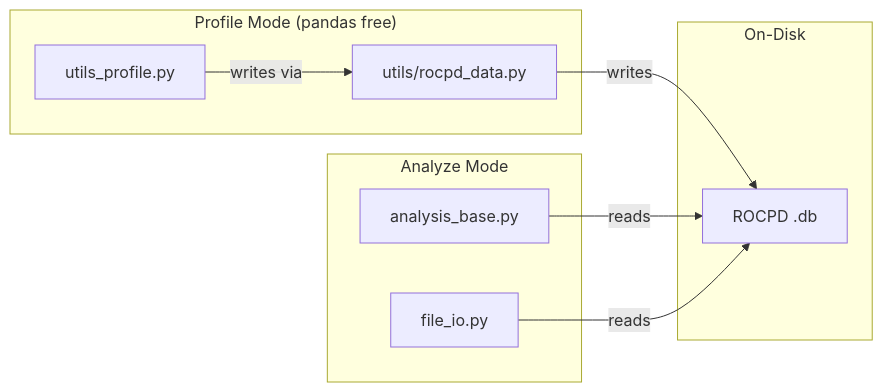
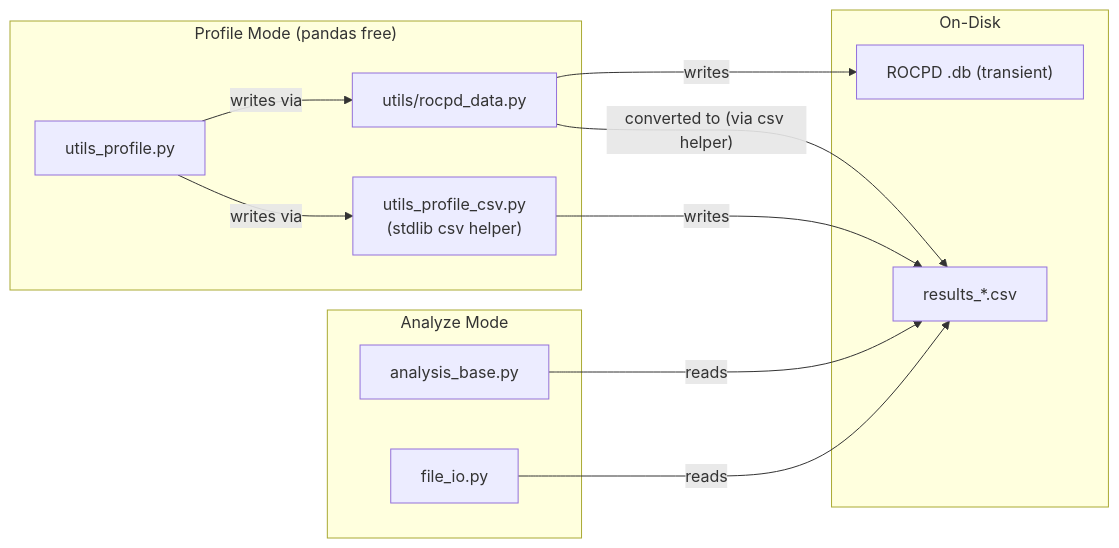
The second of 8 diagrams in projects/rocprofiler-compute/docs/design/profile_interface_architecture.md (bergetbjork/rocm-systems), drawn with Mermaid before and after one commit. The commit also changed other lines of this file, not shown here.

Commit message:
clarify phase A csv backend removal

````diff
--- a/projects/rocprofiler-compute/docs/design/profile_interface_architecture.md
+++ b/projects/rocprofiler-compute/docs/design/profile_interface_architecture.md
@@ -185,18 +214,23 @@
 ```mermaid
 flowchart LR
     subgraph profile["Profile Mode (pandas free)"]
         uprof["utils_profile.py"]
         urocpd["utils/rocpd_data.py"]
+        ucsv["utils_profile_csv.py<br/>(stdlib csv helper)"]
     end
     subgraph analyze["Analyze Mode"]
         abase["analysis_base.py"]
         fio["file_io.py"]
     end
     subgraph disk["On-Disk"]
-        db["ROCPD .db"]
+        db["ROCPD .db (transient)"]
+        res["results_*.csv"]
     end
     uprof -->|"writes via"| urocpd
     urocpd -->|"writes"| db
-    abase -->|"reads"| db
-    fio -->|"reads"| db
+    urocpd -->|"converted to (via csv helper)"| res
+    uprof -->|"writes via"| ucsv
+    ucsv -->|"writes"| res
+    abase -->|"reads"| res
+    fio -->|"reads"| res
 ```
````
